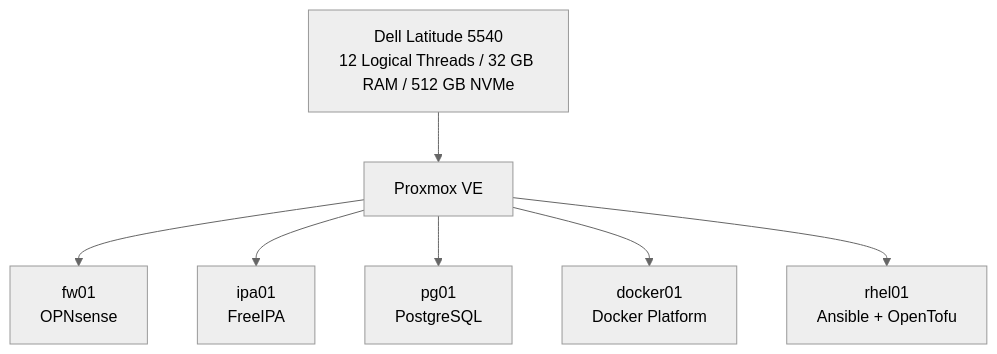
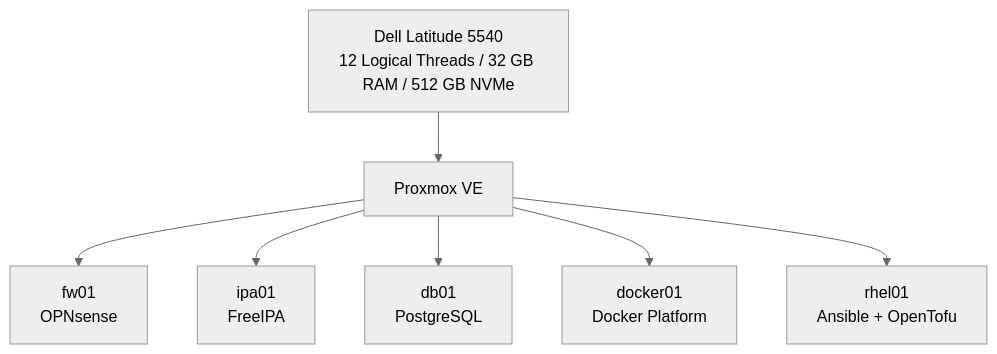
One commit to O2BUCAK/EnterpriseReferenceArchitecture changed the first of 14 diagrams in docs/02-resource-matrix/vm-resource-matrix.md. Above: the diagram before and after it, drawn with Mermaid (neutral theme). The commit also changed other lines of this file, not shown here.

````diff
--- a/docs/02-resource-matrix/vm-resource-matrix.md
+++ b/docs/02-resource-matrix/vm-resource-matrix.md
@@ -33,12 +33,12 @@
 ```mermaid
 flowchart TB
     HOST["Dell Latitude 5540<br/>12 Logical Threads / 32 GB RAM / 512 GB NVMe"]
 
     HOST --> PVE["Proxmox VE"]
 
     PVE --> FW["fw01<br/>OPNsense"]
     PVE --> IPA["ipa01<br/>FreeIPA"]
-    PVE --> PG["pg01<br/>PostgreSQL"]
+    PVE --> PG["db01<br/>PostgreSQL"]
     PVE --> DOCKER["docker01<br/>Docker Platform"]
     PVE --> RHEL["rhel01<br/>Ansible + OpenTofu"]
 ```
````
